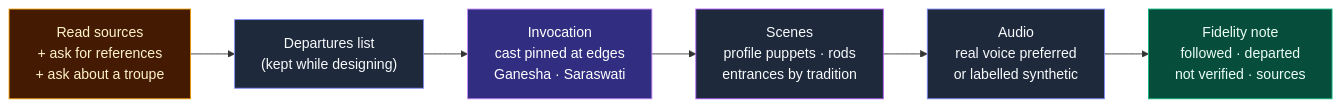
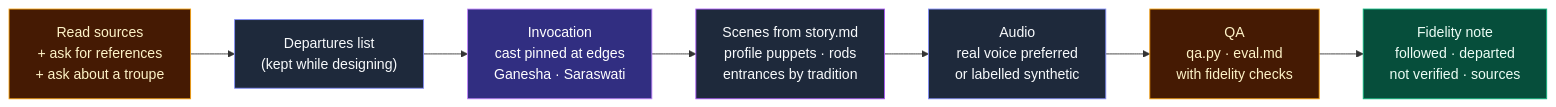
Before and after one commit to Laksh-star/agent-skills: the diagram in docs/tholu-bommalata-shadow-play.md, drawn with Mermaid. The commit also changed other lines of this file and 21 other files, not shown here.

First line of the commit message:
Add story.md project file, QA script, eval checklist and craft rules

````diff
--- a/docs/tholu-bommalata-shadow-play.md
+++ b/docs/tholu-bommalata-shadow-play.md
@@ -41,15 +41,17 @@
 ```mermaid
 flowchart LR
     R["Read sources<br/>+ ask for references<br/>+ ask about a troupe"] --> D["Departures list<br/>(kept while designing)"]
     D --> I["Invocation<br/>cast pinned at edges<br/>Ganesha · Saraswati"]
-    I --> S["Scenes<br/>profile puppets · rods<br/>entrances by tradition"]
+    I --> S["Scenes from story.md<br/>profile puppets · rods<br/>entrances by tradition"]
     S --> A["Audio<br/>real voice preferred<br/>or labelled synthetic"]
-    A --> N["Fidelity note<br/>followed · departed<br/>not verified · sources"]
+    A --> Q["QA<br/>qa.py · eval.md<br/>with fidelity checks"]
+    Q --> N["Fidelity note<br/>followed · departed<br/>not verified · sources"]
 
     style R fill:#451a03,stroke:#f59e0b,color:#fef3c7
     style D fill:#1e293b,stroke:#818cf8,color:#f8fafc
     style I fill:#312e81,stroke:#c084fc,color:#ffffff
     style S fill:#1e293b,stroke:#a855f7,color:#f8fafc
     style A fill:#1e293b,stroke:#818cf8,color:#f8fafc
+    style Q fill:#451a03,stroke:#f59e0b,color:#fef3c7
     style N fill:#064e3b,stroke:#10b981,color:#ecfdf5
 ```
````
